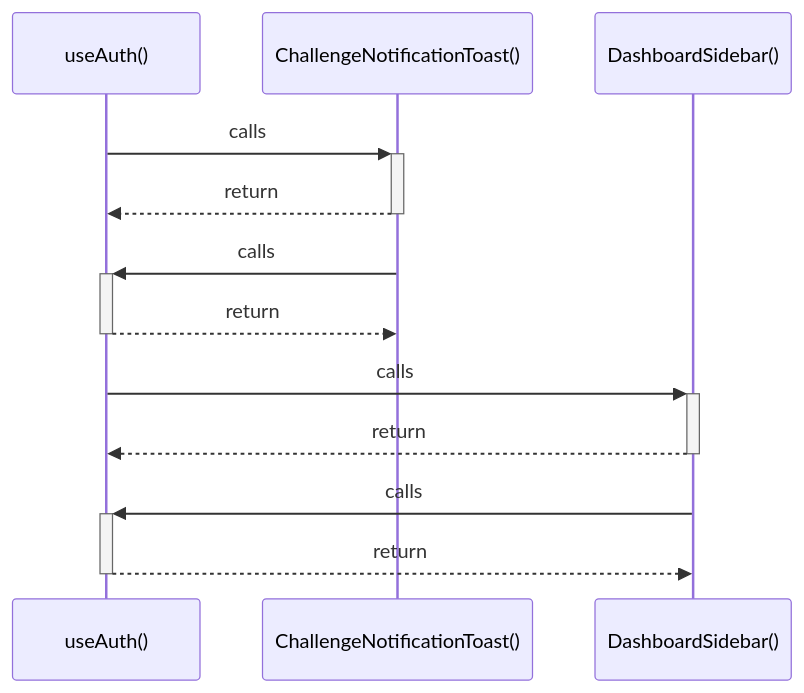
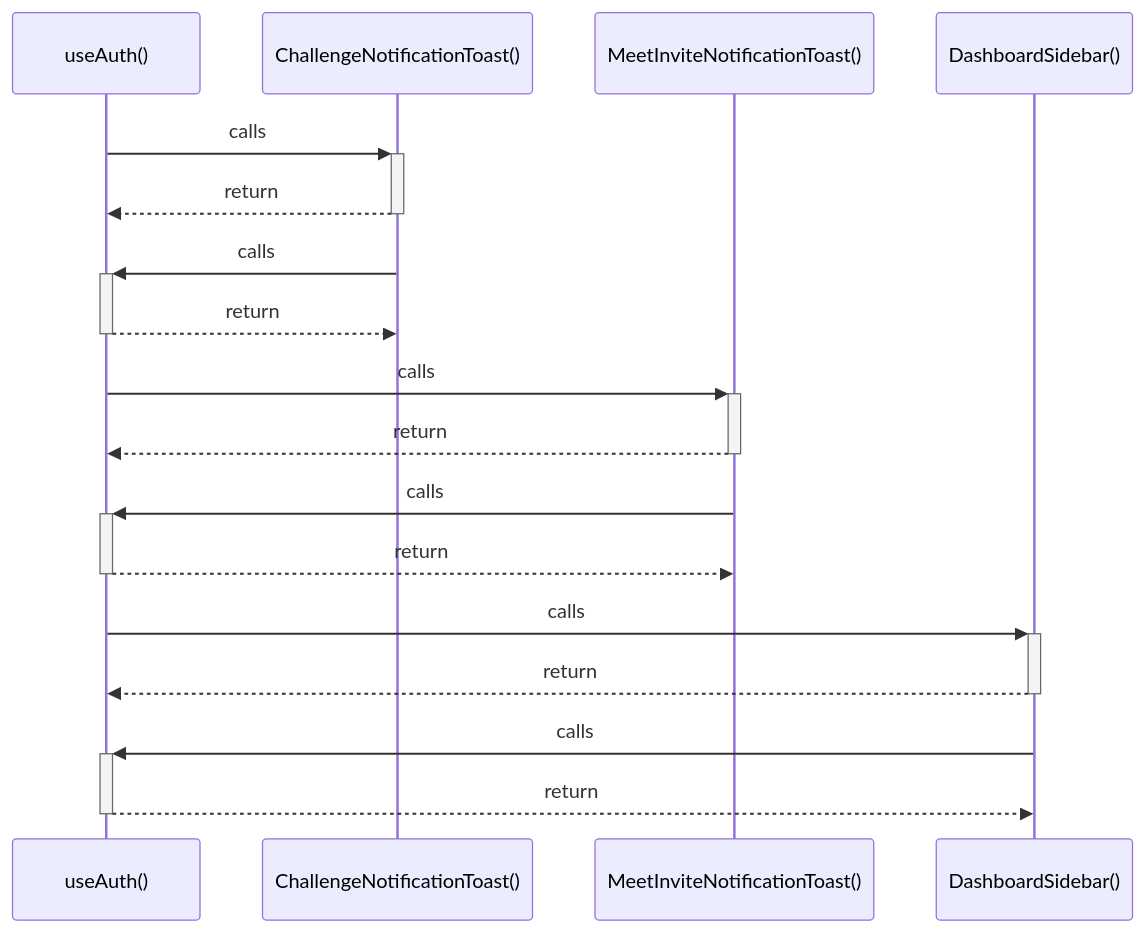
The diagram in src/graphify-out/wiki/useAuth().md (Exselsa/studysync-ai), drawn with Mermaid before and after one commit. The commit also changed other lines of this file and 30 other files, not shown here.

````diff
--- a/src/graphify-out/wiki/useAuth().md
+++ b/src/graphify-out/wiki/useAuth().md
@@ -7,14 +7,19 @@
 ```mermaid
 sequenceDiagram
     participant P0 as useAuth()
     participant P1 as ChallengeNotificationToast()
-    participant P2 as DashboardSidebar()
+    participant P2 as MeetInviteNotificationToast()
+    participant P3 as DashboardSidebar()
     P0->>+ P1: calls
     P1-->>- P0: return
     P1->>+ P0: calls
     P0-->>- P1: return
     P0->>+ P2: calls
     P2-->>- P0: return
     P2->>+ P0: calls
     P0-->>- P2: return
+    P0->>+ P3: calls
+    P3-->>- P0: return
+    P3->>+ P0: calls
+    P0-->>- P3: return
 ```
````
